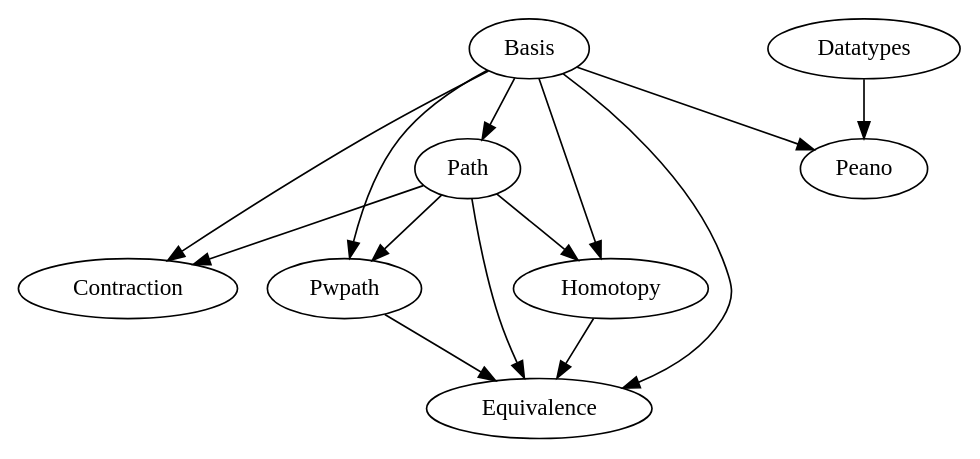
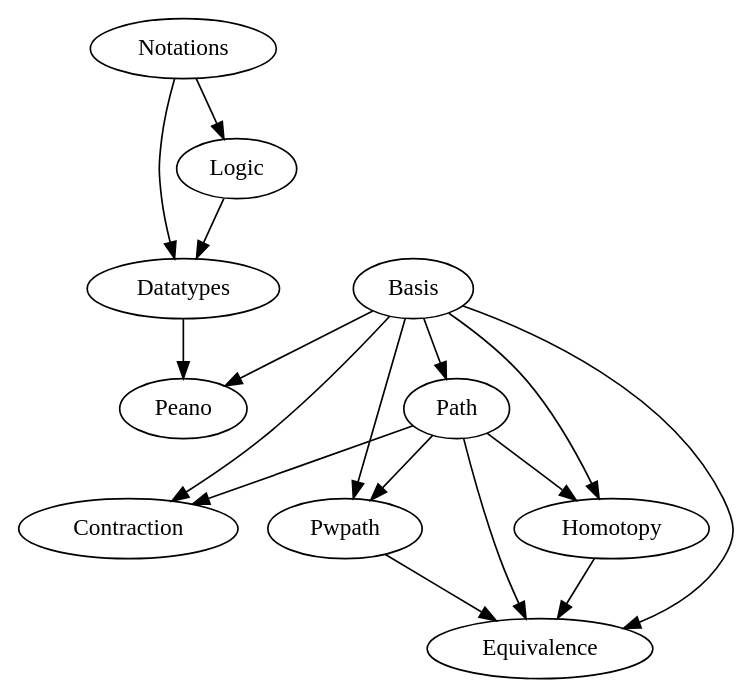
One commit to Hexirp/seityou changed the diagram in seityou.gv. Above: the diagram before and after it, drawn with Graphviz.

Commit message:
Update: gv を大掃除
標準ライブラリのモジュールを加えて、サブグラフへ。

```diff
--- a/seityou.gv
+++ b/seityou.gv
@@ -1,20 +1,33 @@
 digraph G {
-    Basis -> Path;
-    
-    Path -> Homotopy;
-    Basis -> Homotopy;
-    
-    Basis -> Pwpath;
-    Path -> Pwpath;
-    
-    Basis -> Contraction;
-    Path -> Contraction;
-    
-    Basis -> Equivalence;
-    Path -> Equivalence;
-    Pwpath -> Equivalence;
-    Homotopy -> Equivalence;
 
-    Basis -> Peano;
-    Datatypes -> Peano;
+  subgraph std {
+
+    Notations -> Logic;
+
+    Notations -> Datatypes;
+    Logic -> Datatypes;
+
+    label = "Coq.Init";
+
+  }
+
+  Basis -> Path;
+
+  Path -> Homotopy;
+  Basis -> Homotopy;
+
+  Basis -> Pwpath;
+  Path -> Pwpath;
+
+  Basis -> Contraction;
+  Path -> Contraction;
+
+  Basis -> Equivalence;
+  Path -> Equivalence;
+  Pwpath -> Equivalence;
+  Homotopy -> Equivalence;
+
+  Basis -> Peano;
+  Datatypes -> Peano;
+
 }
```
